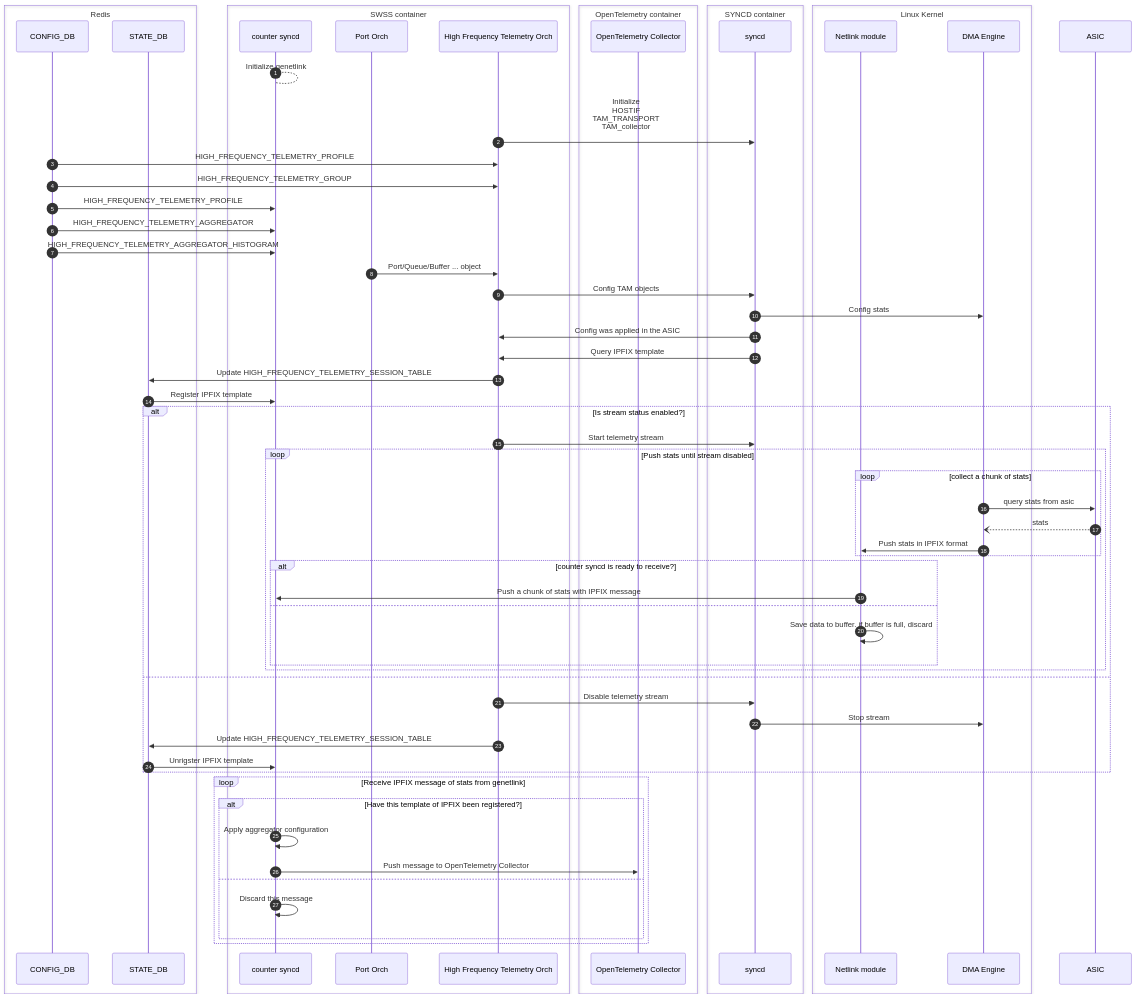
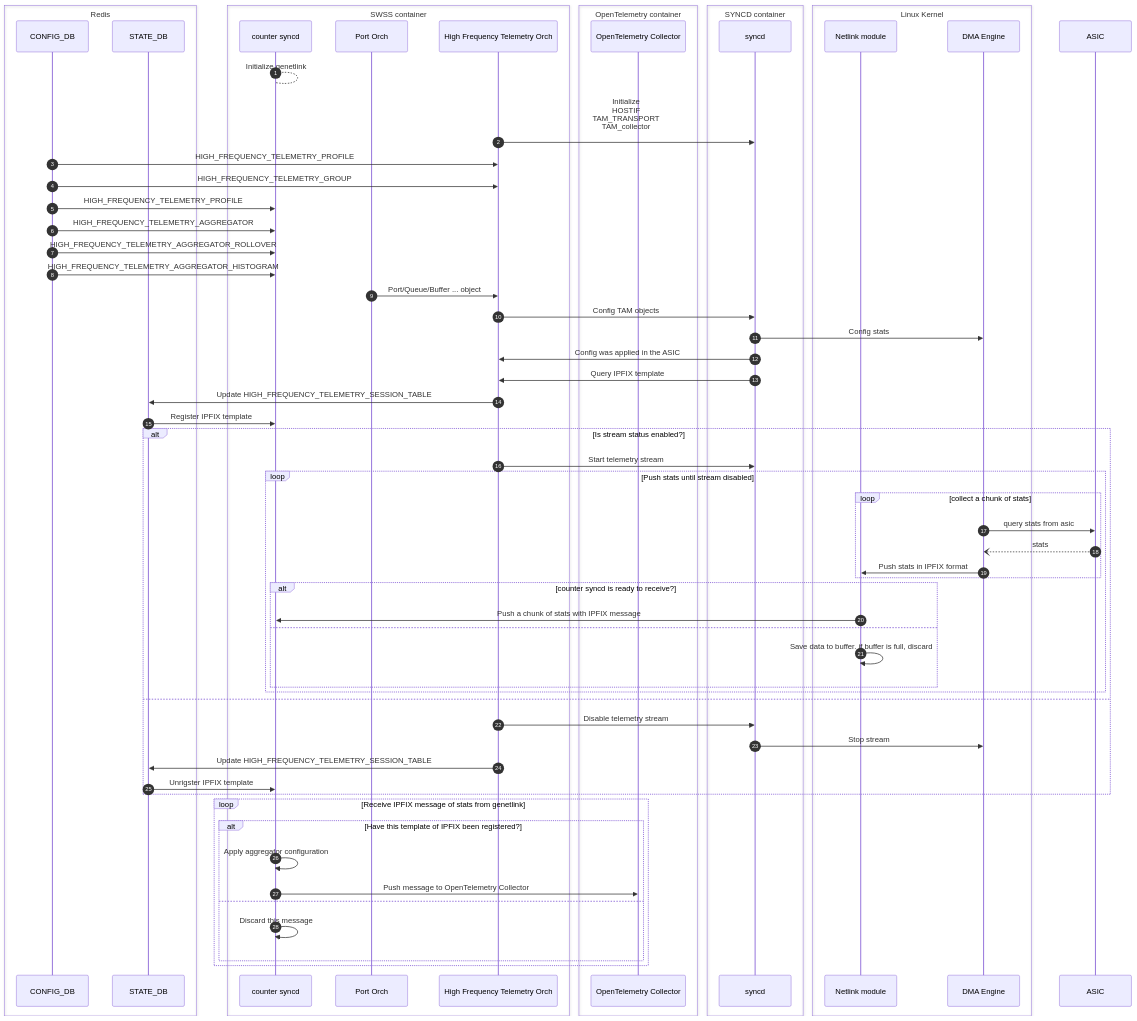
The tenth of 10 diagrams in doc/high-frequency-telemetry/high-frequency-telemetry-hld.md (sonic-net/SONiC), drawn with Mermaid before and after one commit. The commit also changed other lines of this file and 2 other files, not shown here.

Commit message:
[doc]: Define configurable rollover widths

````diff
--- a/doc/high-frequency-telemetry/high-frequency-telemetry-hld.md
+++ b/doc/high-frequency-telemetry/high-frequency-telemetry-hld.md
@@ -704,75 +747,76 @@
 ``` mermaid
 
 sequenceDiagram
     autonumber
     box Redis
         participant config_db as CONFIG_DB
         participant state_db as STATE_DB
     end
     box SWSS container
         participant counter as counter syncd
         participant port_orch as Port Orch
         participant hft_orch as High Frequency Telemetry Orch
     end
     box OpenTelemetry container
         participant otel as OpenTelemetry Collector
     end
     box SYNCD container
         participant syncd
     end
     box Linux Kernel
         participant netlink_module as Netlink module
         participant dma_engine as DMA Engine
     end
     participant asic as ASIC
 
     counter --> counter: Initialize genetlink
     hft_orch ->> syncd: Initialize <br/>HOSTIF<br/>TAM_TRANSPORT<br/>TAM_collector<br/>
 
     config_db ->> hft_orch: HIGH_FREQUENCY_TELEMETRY_PROFILE
     config_db ->> hft_orch: HIGH_FREQUENCY_TELEMETRY_GROUP
     config_db ->> counter: HIGH_FREQUENCY_TELEMETRY_PROFILE
     config_db ->> counter: HIGH_FREQUENCY_TELEMETRY_AGGREGATOR
+    config_db ->> counter: HIGH_FREQUENCY_TELEMETRY_AGGREGATOR_ROLLOVER
     config_db ->> counter: HIGH_FREQUENCY_TELEMETRY_AGGREGATOR_HISTOGRAM
     port_orch ->> hft_orch: Port/Queue/Buffer ... object
 
     hft_orch ->> syncd: Config TAM objects
 
     syncd ->> dma_engine: Config stats
     syncd ->> hft_orch: Config was applied in the ASIC
     syncd ->> hft_orch: Query IPFIX template
     hft_orch ->> state_db: Update HIGH_FREQUENCY_TELEMETRY_SESSION_TABLE
     state_db ->> counter: Register IPFIX template
 
     alt Is stream status enabled?
 
         hft_orch ->> syncd: Start telemetry stream
 
         loop Push stats until stream disabled
             loop collect a chunk of stats
                 dma_engine ->> asic: query stats from asic
                 asic --) dma_engine: stats
                 dma_engine ->> netlink_module: Push stats in IPFIX format
             end
             alt counter syncd is ready to receive?
                 netlink_module ->> counter: Push a chunk of stats with IPFIX message
             else
                 netlink_module ->> netlink_module: Save data to buffer. if buffer is full, discard
             end
         end
     else
         hft_orch ->> syncd: Disable telemetry stream
         syncd ->> dma_engine: Stop stream
         hft_orch ->> state_db: Update HIGH_FREQUENCY_TELEMETRY_SESSION_TABLE
         state_db ->> counter: Unrigster IPFIX template
     end
     loop Receive IPFIX message of stats from genetlink
         alt Have this template of IPFIX been registered?
             counter ->> counter: Apply aggregator configuration
             counter ->> otel: Push message to OpenTelemetry Collector
         else
             counter ->> counter: Discard this message
         end
     end
 
 ```
````
